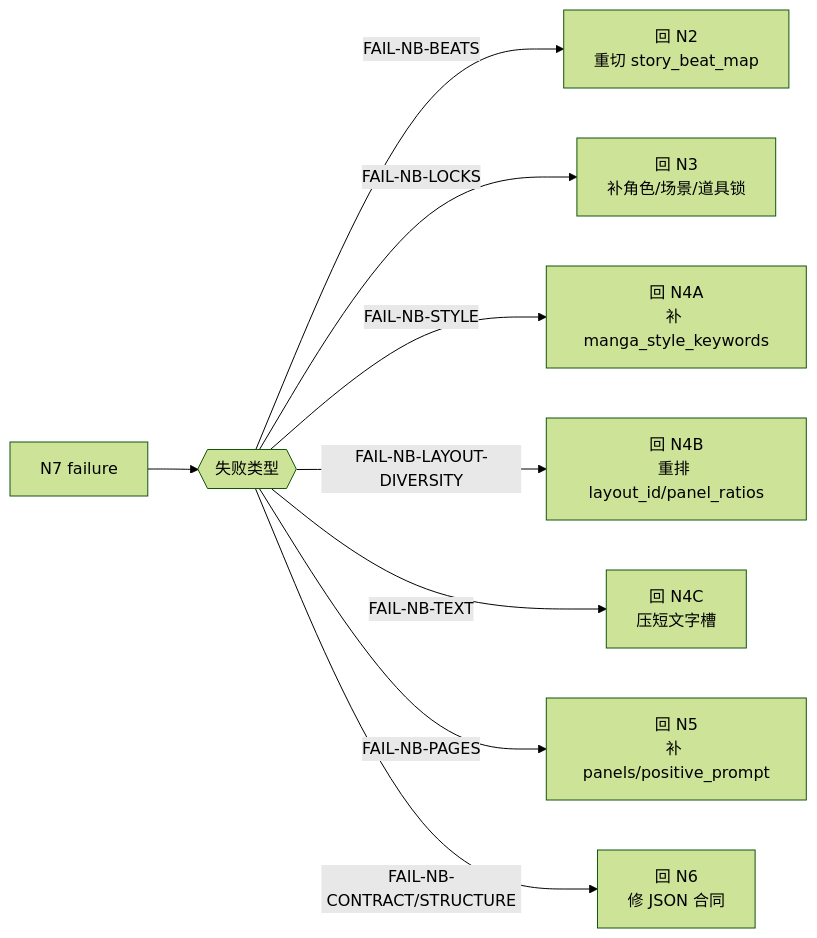
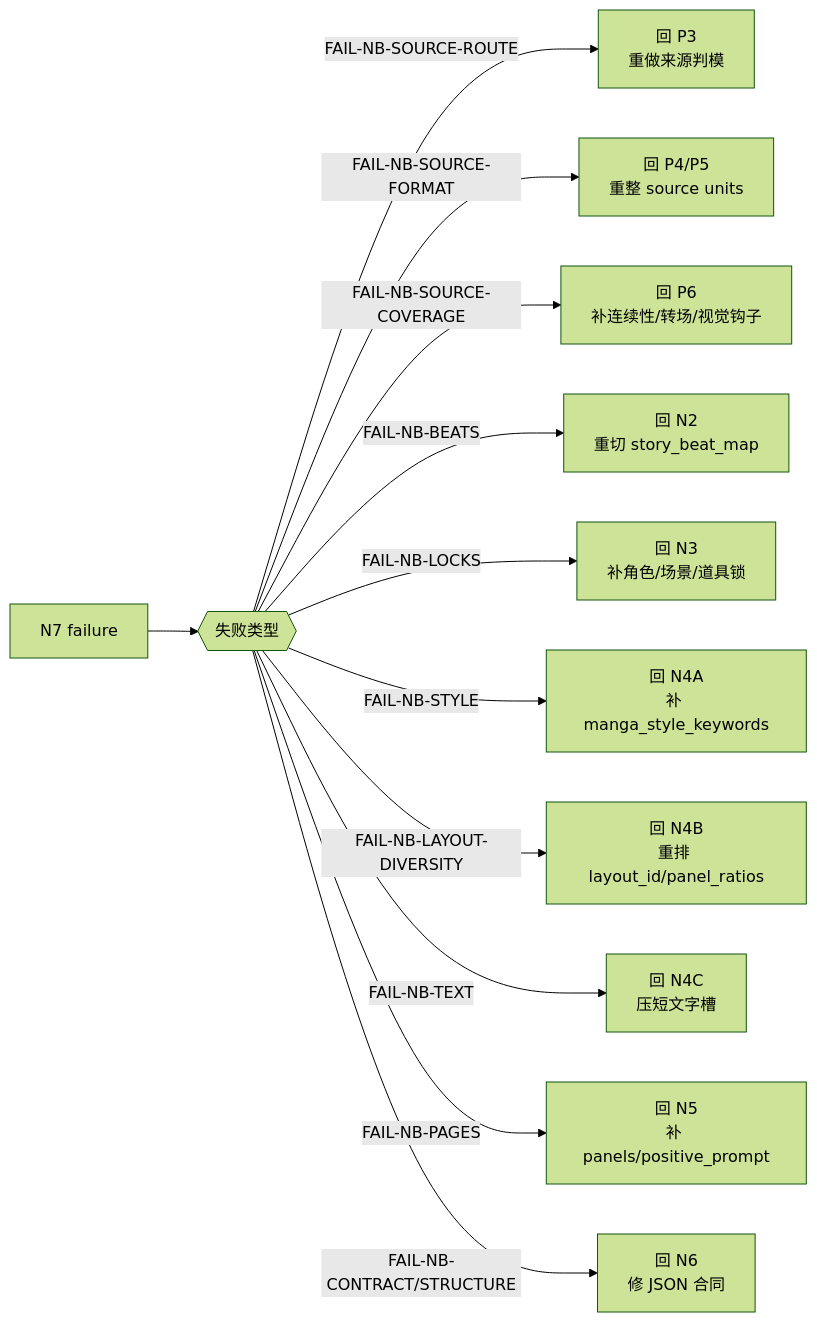
Before and after one commit to ZEN-VOID/AI-CUT: the second of 6 diagrams in .agents/skills/comic/2-九刀流漫画提示词/SKILL.md, drawn with Mermaid (forest theme). The commit also changed other lines of this file and 41 other files, not shown here.

````diff
--- a/.agents/skills/comic/2-九刀流漫画提示词/SKILL.md
+++ b/.agents/skills/comic/2-九刀流漫画提示词/SKILL.md
@@ -91,11 +139,14 @@
 ```mermaid
 flowchart LR
     A["N7 failure"] --> B{{"失败类型"}}
-    B -->|"FAIL-NB-BEATS"| C["回 N2<br/>重切 story_beat_map"]
-    B -->|"FAIL-NB-LOCKS"| D["回 N3<br/>补角色/场景/道具锁"]
-    B -->|"FAIL-NB-STYLE"| E["回 N4A<br/>补 manga_style_keywords"]
-    B -->|"FAIL-NB-LAYOUT-DIVERSITY"| F["回 N4B<br/>重排 layout_id/panel_ratios"]
-    B -->|"FAIL-NB-TEXT"| G["回 N4C<br/>压短文字槽"]
-    B -->|"FAIL-NB-PAGES"| H["回 N5<br/>补 panels/positive_prompt"]
-    B -->|"FAIL-NB-CONTRACT/STRUCTURE"| I["回 N6<br/>修 JSON 合同"]
+    B -->|"FAIL-NB-SOURCE-ROUTE"| C["回 P3<br/>重做来源判模"]
+    B -->|"FAIL-NB-SOURCE-FORMAT"| D["回 P4/P5<br/>重整 source units"]
+    B -->|"FAIL-NB-SOURCE-COVERAGE"| E["回 P6<br/>补连续性/转场/视觉钩子"]
+    B -->|"FAIL-NB-BEATS"| F["回 N2<br/>重切 story_beat_map"]
+    B -->|"FAIL-NB-LOCKS"| G["回 N3<br/>补角色/场景/道具锁"]
+    B -->|"FAIL-NB-STYLE"| H["回 N4A<br/>补 manga_style_keywords"]
+    B -->|"FAIL-NB-LAYOUT-DIVERSITY"| I["回 N4B<br/>重排 layout_id/panel_ratios"]
+    B -->|"FAIL-NB-TEXT"| J["回 N4C<br/>压短文字槽"]
+    B -->|"FAIL-NB-PAGES"| K["回 N5<br/>补 panels/positive_prompt"]
+    B -->|"FAIL-NB-CONTRACT/STRUCTURE"| L["回 N6<br/>修 JSON 合同"]
 ```
````
